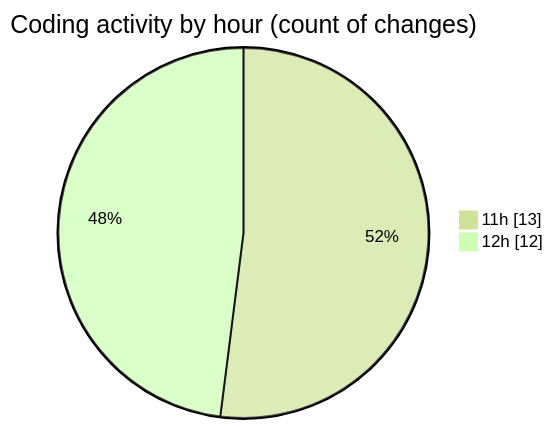
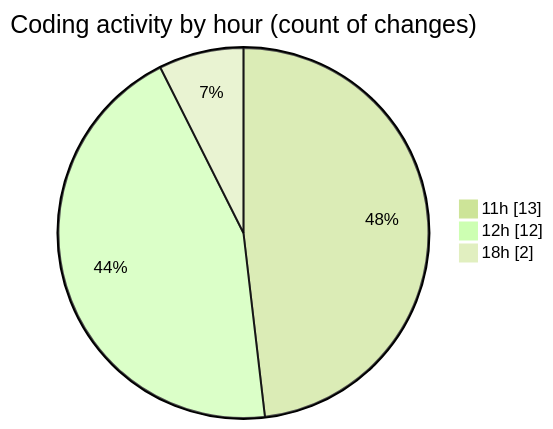
The second of 2 diagrams in 2025-01-25/termonied-web/README.md (robertbonfada/code-tracking), drawn with Mermaid (forest theme) before and after one commit. The commit also changed other lines of this file and 1 other file, not shown here.

````diff
--- a/2025-01-25/termonied-web/README.md
+++ b/2025-01-25/termonied-web/README.md
@@ -37,6 +37,7 @@
 ```mermaid
 pie showData
 title Coding activity by hour (count of changes)
 "11h" : 13
 "12h" : 12
+"18h" : 2
 ```
````
